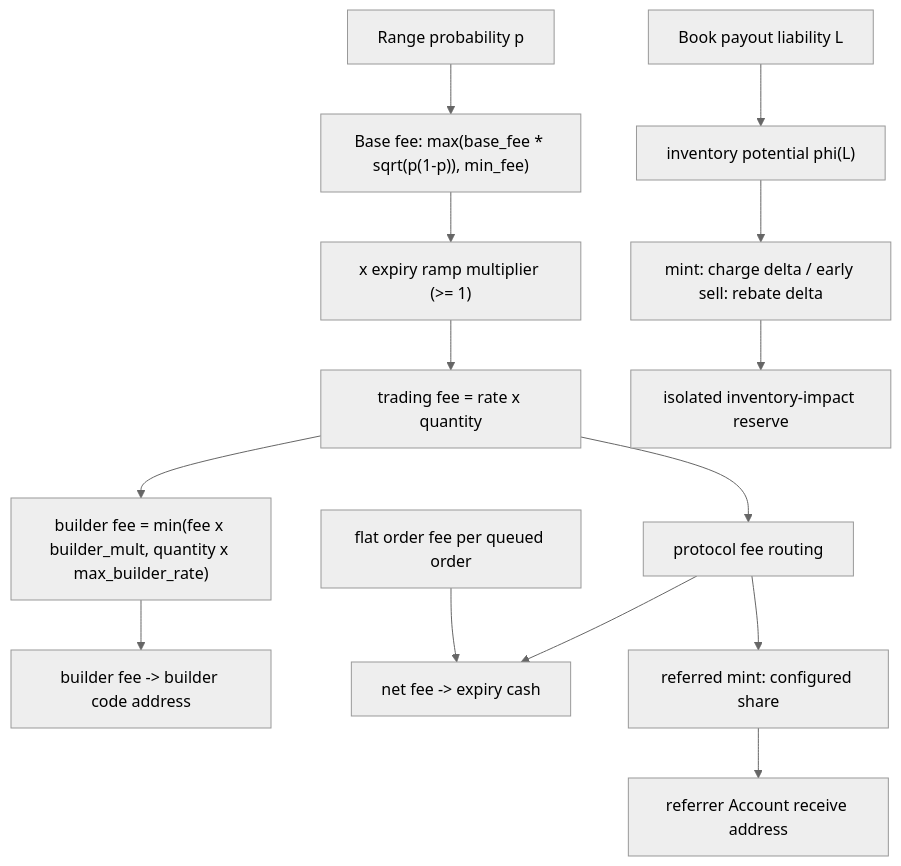
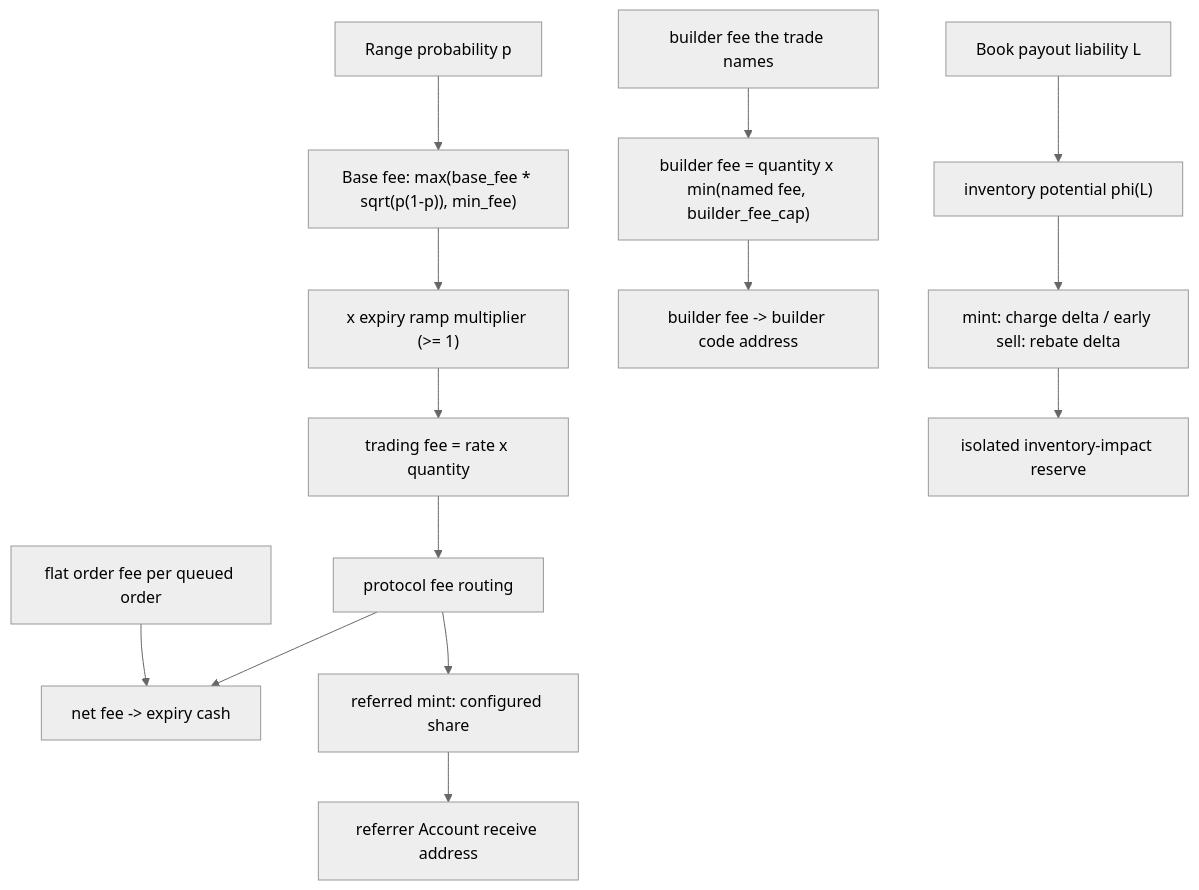
Before and after one commit to MystenLabs/deepbookv3: the diagram in packages/predict/docs/concepts/fees-and-rebates.md, drawn with Mermaid (neutral theme). The commit also changed other lines of this file and 40 other files, not shown here.

First line of the commit message:
predict: builder code and fee passed on each trade (DBU-1112) (#1401)

````diff
--- a/packages/predict/docs/concepts/fees-and-rebates.md
+++ b/packages/predict/docs/concepts/fees-and-rebates.md
@@ -185,16 +193,16 @@
 ```mermaid
 flowchart TD
     P[Range probability p] --> BF["Base fee: max(base_fee * sqrt(p(1-p)), min_fee)"]
     BF --> RAMP["x expiry ramp multiplier (>= 1)"]
     RAMP --> FEE[trading fee = rate x quantity]
-    FEE --> BUILD["builder fee = min(fee x builder_mult, quantity x max_builder_rate)"]
+    NAMED[builder fee the trade names] --> BUILD["builder fee = quantity x min(named fee, builder_fee_cap)"]
     BUILD --> BUILDER[builder fee -> builder code address]
     FEE --> ROUTE[protocol fee routing]
     ROUTE --> COLLECT[net fee -> expiry cash]
     ORDERFEE[flat order fee per queued order] --> COLLECT
     ROUTE --> REF[referred mint: configured share]
     REF --> RACCOUNT[referrer Account receive address]
     L[Book payout liability L] --> PHI["inventory potential phi(L)"]
     PHI --> IMPACT["mint: charge delta / early sell: rebate delta"]
     IMPACT --> IRESERVE[isolated inventory-impact reserve]
 ```
````
